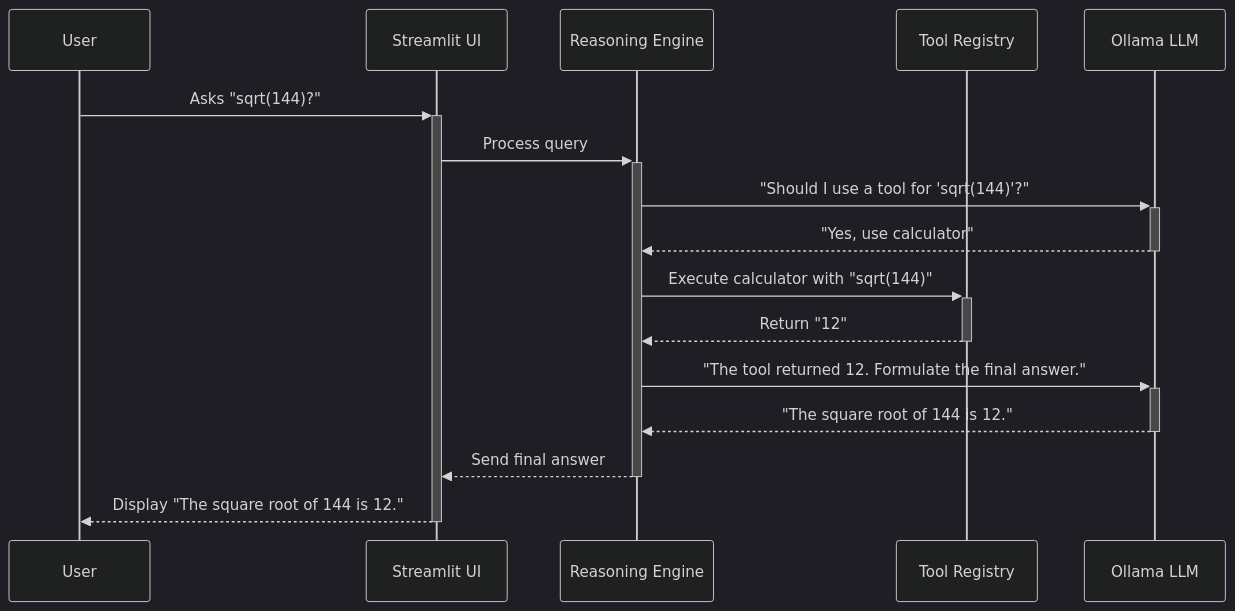
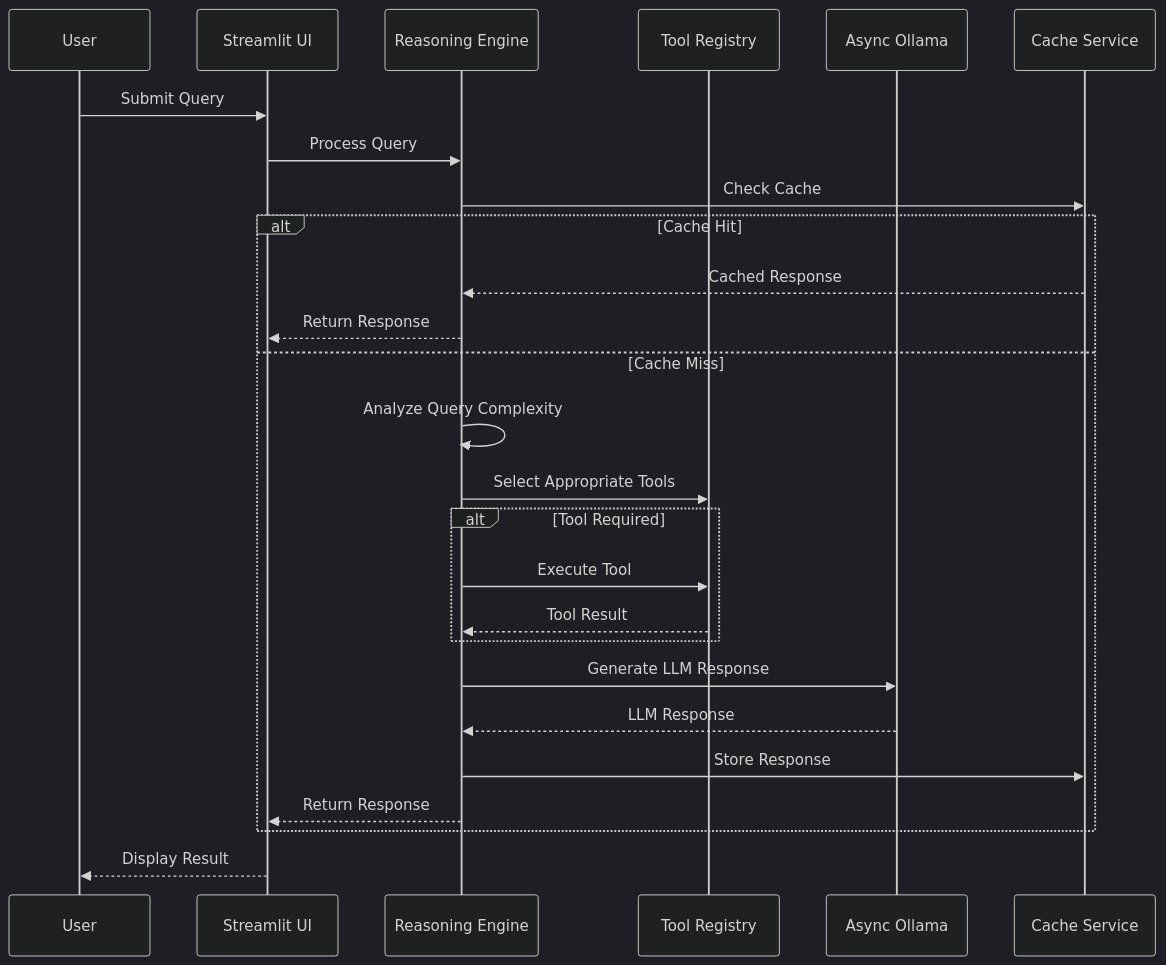
The sixth of 12 diagrams in docs/ARCHITECTURE.md (khaosans/basic-chat), drawn with Mermaid (dark theme) before and after one commit. The commit also changed other lines of this file and 5 other files, not shown here.

````diff
--- a/docs/ARCHITECTURE.md
+++ b/docs/ARCHITECTURE.md
@@ -81,19 +244,33 @@
 ```mermaid
 sequenceDiagram
     participant User
     participant UI as Streamlit UI
-    participant Engine as Reasoning Engine
-    participant Tools as Tool Registry
-    participant LLM as Ollama LLM
+    participant RE as Reasoning Engine
+    participant TR as Tool Registry
+    participant AO as Async Ollama
+    participant Cache as Cache Service
     
-    User->>+UI: Asks "sqrt(144)?"
-    UI->>+Engine: Process query
-    Engine->>+LLM: "Should I use a tool for 'sqrt(144)'?"
-    LLM-->>-Engine: "Yes, use calculator"
-    Engine->>+Tools: Execute calculator with "sqrt(144)"
-    Tools-->>-Engine: Return "12"
-    Engine->>+LLM: "The tool returned 12. Formulate the final answer."
-    LLM-->>-Engine: "The square root of 144 is 12."
-    Engine-->>-UI: Send final answer
-    UI-->>-User: Display "The square root of 144 is 12."
+    User->>UI: Submit Query
+    UI->>RE: Process Query
+    
+    RE->>Cache: Check Cache
+    alt Cache Hit
+        Cache-->>RE: Cached Response
+        RE-->>UI: Return Response
+    else Cache Miss
+        RE->>RE: Analyze Query Complexity
+        RE->>TR: Select Appropriate Tools
+        
+        alt Tool Required
+            RE->>TR: Execute Tool
+            TR-->>RE: Tool Result
+        end
+        
+        RE->>AO: Generate LLM Response
+        AO-->>RE: LLM Response
+        RE->>Cache: Store Response
+        RE-->>UI: Return Response
+    end
+    
+    UI-->>User: Display Result
 ```
````
